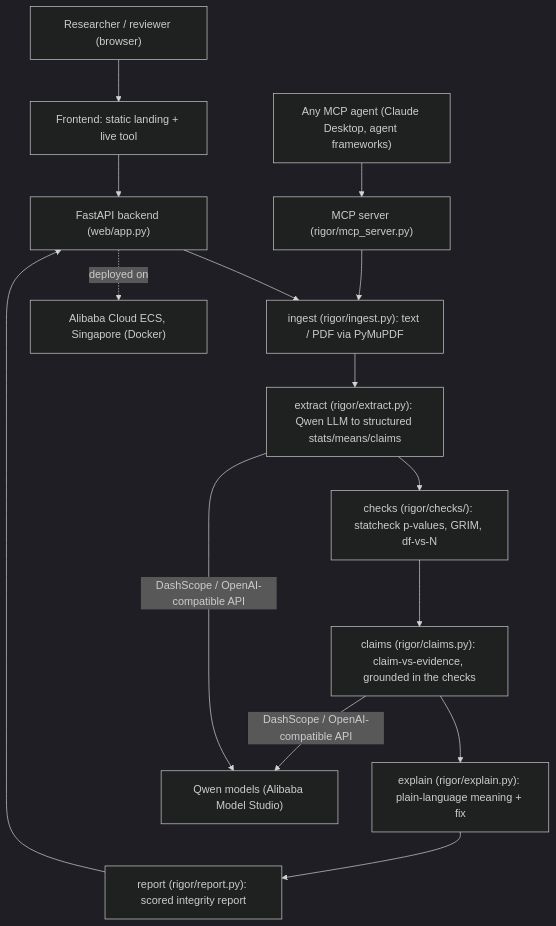
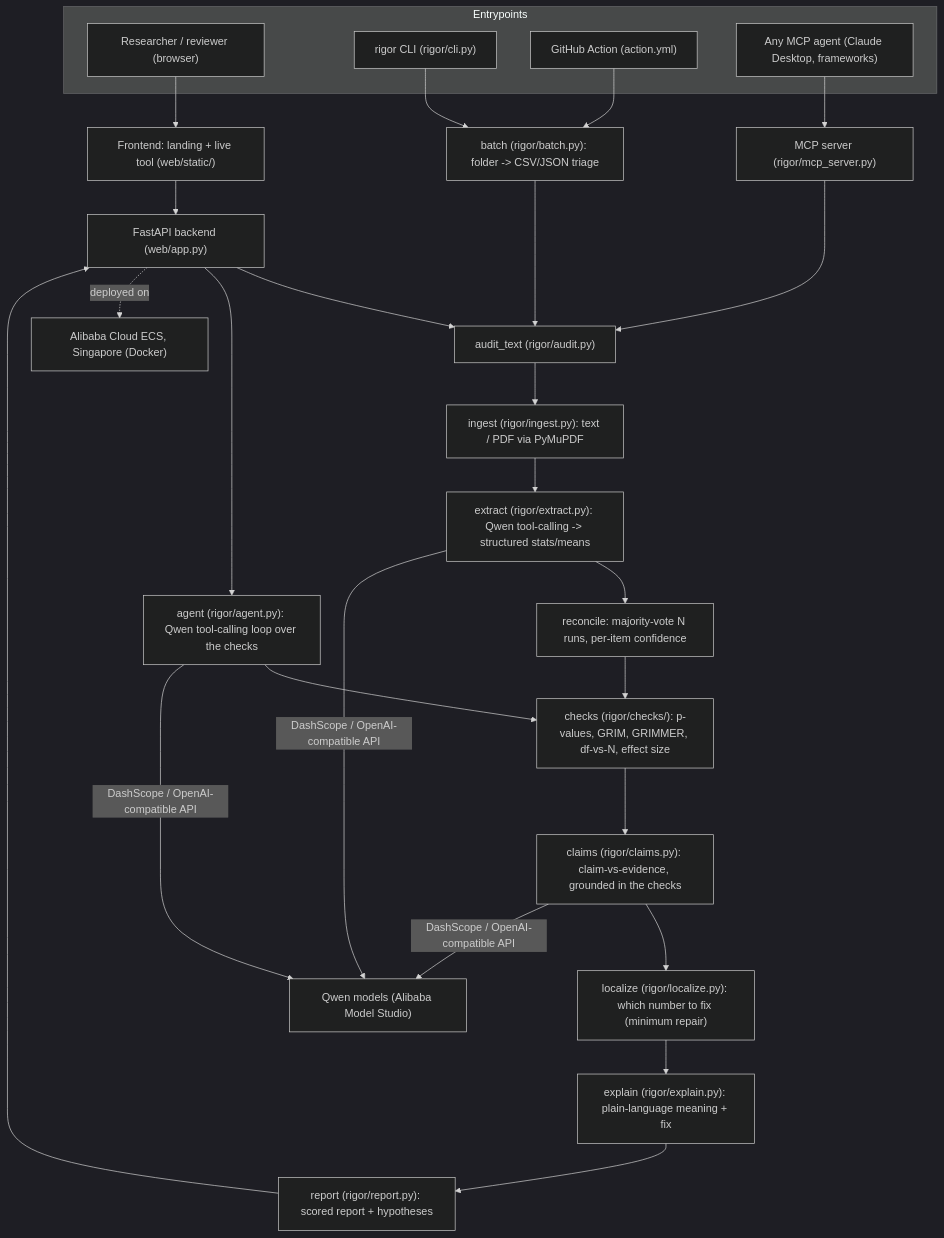
Before and after one commit to usv240/rigor: the diagram in docs/architecture.md, drawn with Mermaid (dark theme). The commit also changed other lines of this file and 35 other files, not shown here.

````diff
--- a/docs/architecture.md
+++ b/docs/architecture.md
@@ -10,19 +12,37 @@
 ```mermaid
 flowchart TD
-    U["Researcher / reviewer (browser)"] --> FE["Frontend: static landing + live tool"]
-    AG["Any MCP agent (Claude Desktop, agent frameworks)"] --> MCP["MCP server (rigor/mcp_server.py)"]
+    subgraph Entrypoints
+      U["Researcher / reviewer (browser)"]
+      CLI["rigor CLI (rigor/cli.py)"]
+      GH["GitHub Action (action.yml)"]
+      AG["Any MCP agent (Claude Desktop, frameworks)"]
+    end
+
+    U --> FE["Frontend: landing + live tool (web/static/)"]
     FE --> API["FastAPI backend (web/app.py)"]
+    CLI --> BATCH["batch (rigor/batch.py): folder -> CSV/JSON triage"]
+    GH --> BATCH
+    AG --> MCP["MCP server (rigor/mcp_server.py)"]
 
-    API --> ING["ingest (rigor/ingest.py): text / PDF via PyMuPDF"]
-    MCP --> ING
-    ING --> EX["extract (rigor/extract.py): Qwen LLM to structured stats/means/claims"]
-    EX --> CK["checks (rigor/checks/): statcheck p-values, GRIM, df-vs-N"]
+    API --> AUD["audit_text (rigor/audit.py)"]
+    BATCH --> AUD
+    MCP --> AUD
+
+    AUD --> ING["ingest (rigor/ingest.py): text / PDF via PyMuPDF"]
+    ING --> EX["extract (rigor/extract.py): Qwen tool-calling -> structured stats/means"]
+    EX --> RC["reconcile: majority-vote N runs, per-item confidence"]
+    RC --> CK["checks (rigor/checks/): p-values, GRIM, GRIMMER, df-vs-N, effect size"]
     CK --> CM["claims (rigor/claims.py): claim-vs-evidence, grounded in the checks"]
-    CM --> EXP["explain (rigor/explain.py): plain-language meaning + fix"]
-    EXP --> RP["report (rigor/report.py): scored integrity report"]
+    CM --> LOC["localize (rigor/localize.py): which number to fix (minimum repair)"]
+    LOC --> EXP["explain (rigor/explain.py): plain-language meaning + fix"]
+    EXP --> RP["report (rigor/report.py): scored report + hypotheses"]
     RP --> API
+
+    API --> AGENT["agent (rigor/agent.py): Qwen tool-calling loop over the checks"]
+    AGENT --> CK
 
     EX -->|DashScope / OpenAI-compatible API| Q["Qwen models (Alibaba Model Studio)"]
     CM -->|DashScope / OpenAI-compatible API| Q
+    AGENT -->|DashScope / OpenAI-compatible API| Q
     API -.deployed on.-> ECS["Alibaba Cloud ECS, Singapore (Docker)"]
 ```
````
